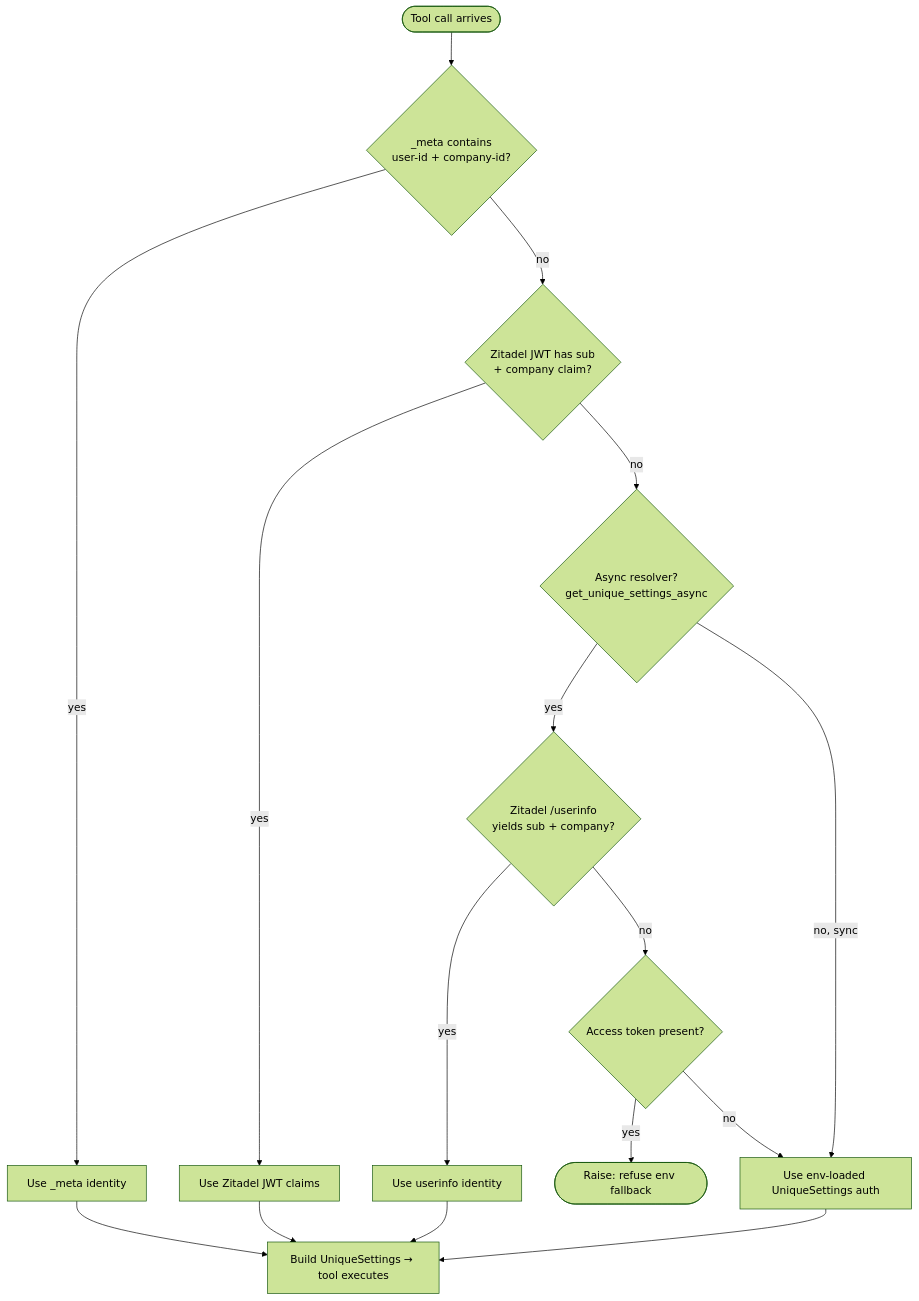
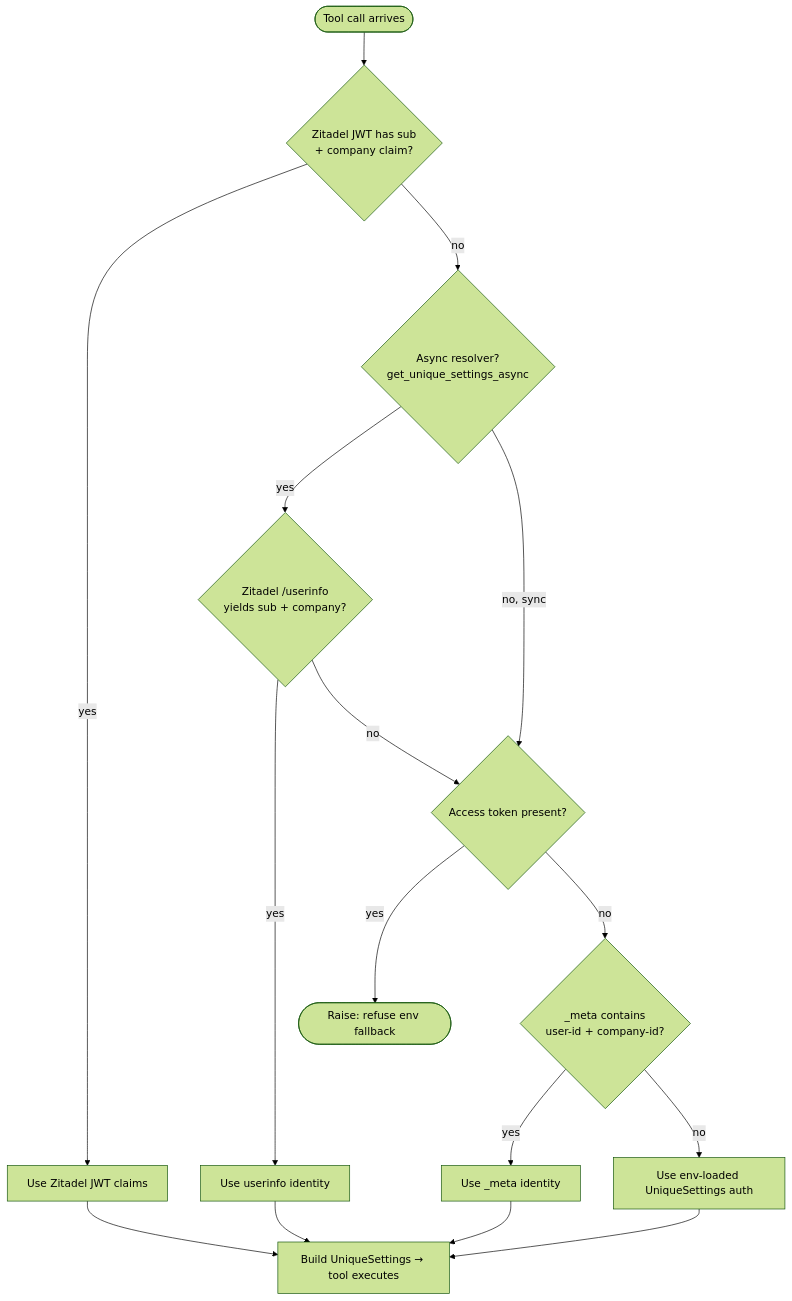
Before and after one commit to Unique-AG/ai: the first of 4 diagrams in unique_mcp/README.md, drawn with Mermaid (forest theme). The commit also changed other lines of this file and 1 other file, not shown here.

First line of the commit message:
docs(unique_mcp): correct the identity-precedence docs and stale async test

````diff
--- a/unique_mcp/README.md
+++ b/unique_mcp/README.md
@@ -29,16 +31,16 @@
 ```mermaid
 flowchart TD
-    A([Tool call arrives]) --> B{_meta contains\nuser-id + company-id?}
-    B -- yes --> C[Use _meta identity]
-    B -- no --> D{Zitadel JWT has sub\n+ company claim?}
+    A([Tool call arrives]) --> D{Zitadel JWT has sub\n+ company claim?}
     D -- yes --> E[Use Zitadel JWT claims]
     D -- no --> H{Async resolver?\nget_unique_settings_async}
     H -- yes --> I{Zitadel /userinfo\nyields sub + company?}
     I -- yes --> J[Use userinfo identity]
     I -- no --> K{Access token present?}
     K -- yes --> L([Raise: refuse env fallback])
-    K -- no --> F[Use env-loaded UniqueSettings auth]
-    H -- no, sync --> F
+    K -- no --> B{_meta contains\nuser-id + company-id?}
+    B -- yes --> C[Use _meta identity]
+    B -- no --> F[Use env-loaded UniqueSettings auth]
+    H -- no, sync --> K
     C & E & J --> G[Build UniqueSettings → tool executes]
     F --> G
 ```
````
